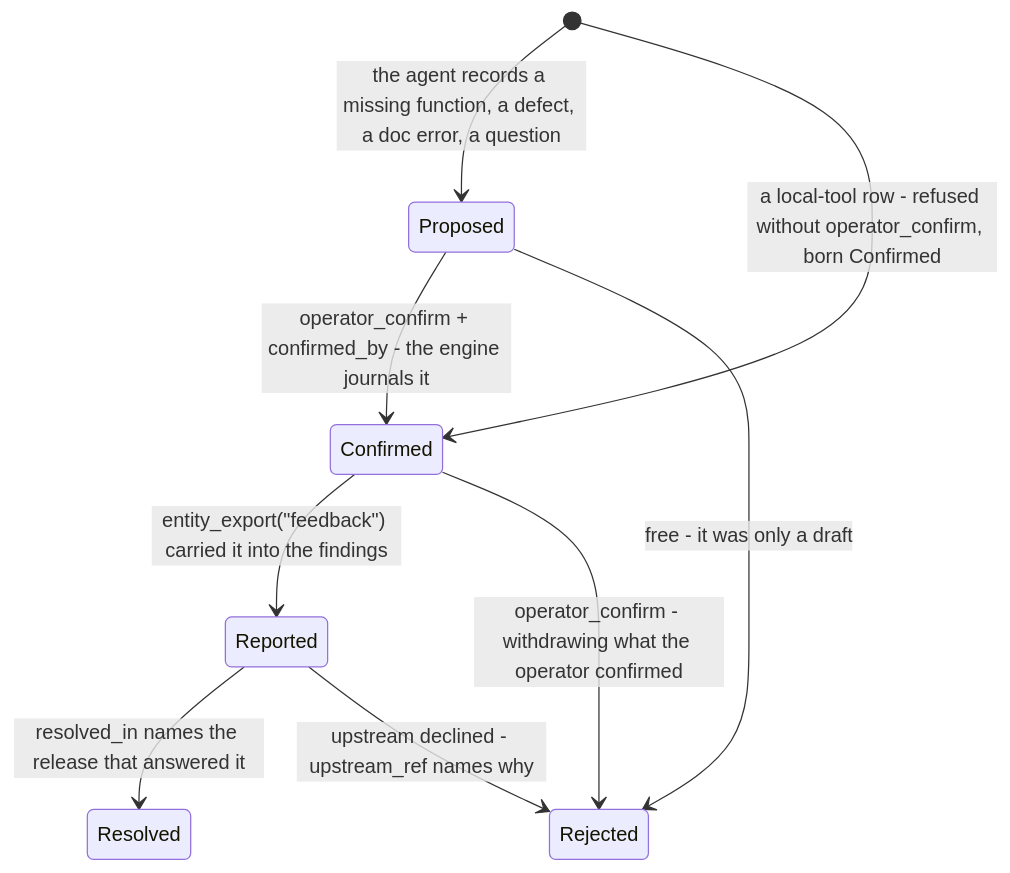
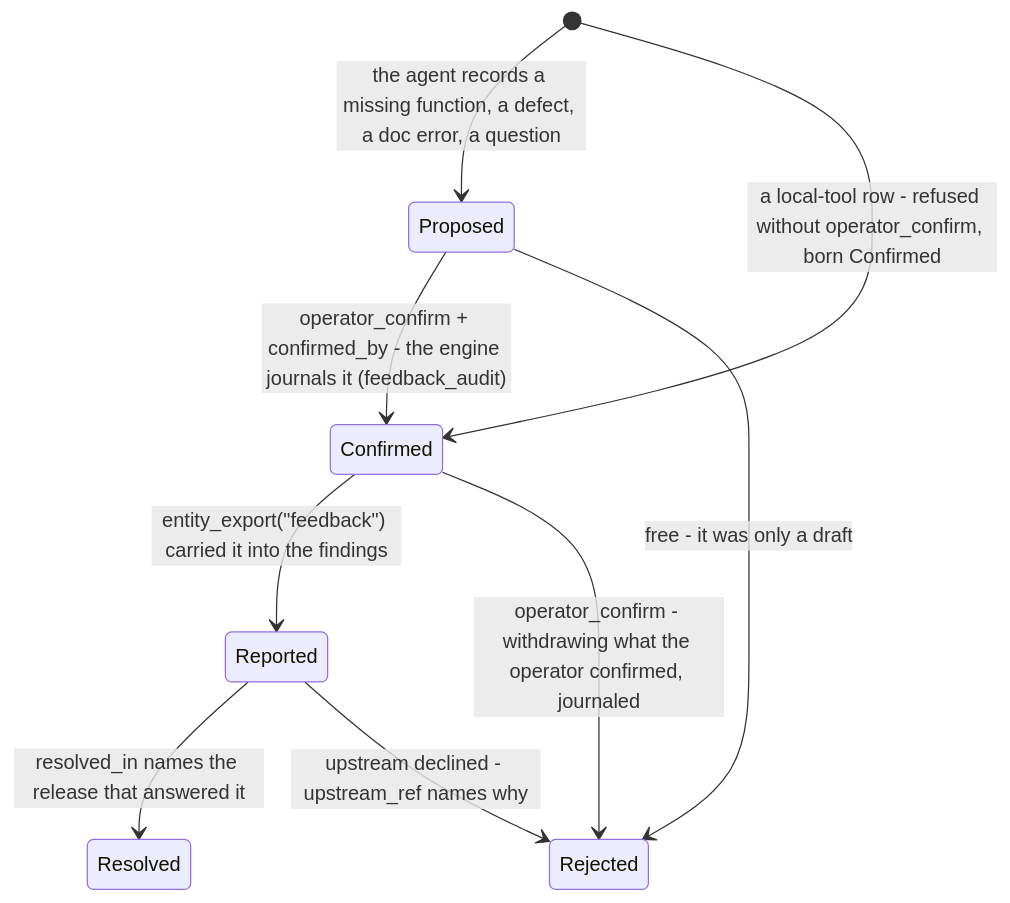
The seventh of 9 diagrams in docs/entities.md (A-H-911/tamheed), drawn with Mermaid before and after one commit. The commit also changed other lines of this file and 10 other files, not shown here.

First line of the commit message:
docs: every findings_27 behavior is documented, with the feedback data-flow and lifecycle diagrams (plan 088)

````diff
--- a/docs/entities.md
+++ b/docs/entities.md
@@ -1018,11 +1019,11 @@
 ```mermaid
 stateDiagram-v2
     [*] --> Proposed : the agent records a missing function, a defect, a doc error, a question
     [*] --> Confirmed : a local-tool row - refused without operator_confirm, born Confirmed
-    Proposed --> Confirmed : operator_confirm + confirmed_by - the engine journals it
+    Proposed --> Confirmed : operator_confirm + confirmed_by - the engine journals it (feedback_audit)
     Proposed --> Rejected : free - it was only a draft
     Confirmed --> Reported : entity_export("feedback") carried it into the findings
-    Confirmed --> Rejected : operator_confirm - withdrawing what the operator confirmed
+    Confirmed --> Rejected : operator_confirm - withdrawing what the operator confirmed, journaled
     Reported --> Resolved : resolved_in names the release that answered it
     Reported --> Rejected : upstream declined - upstream_ref names why
 ```
````
